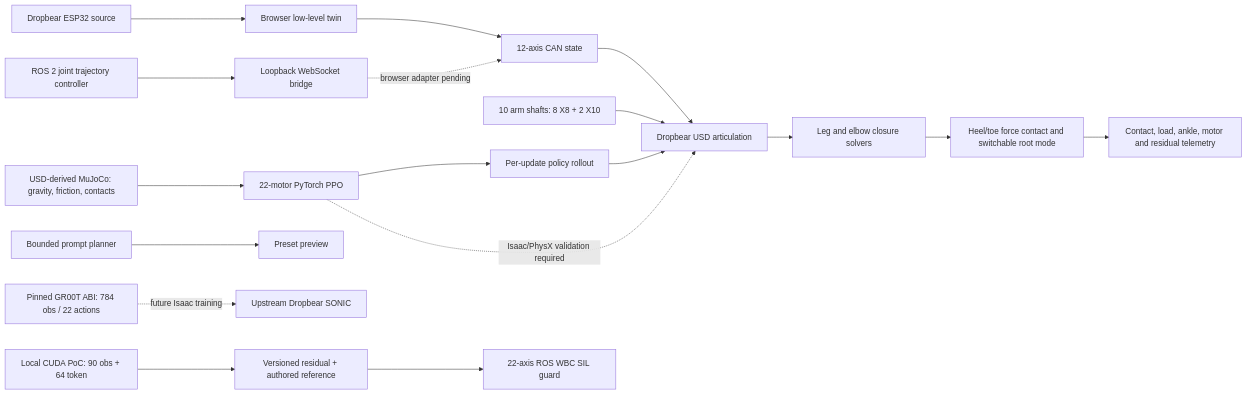
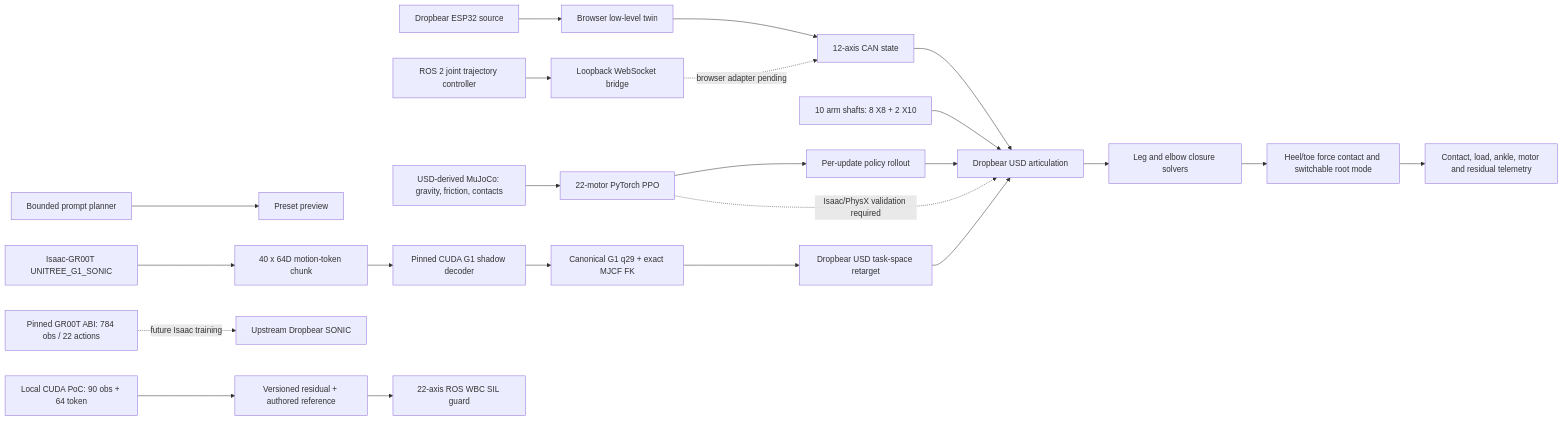
One commit to robit-man/dropbear_control changed the diagram in README.md. Above: the diagram before and after it, drawn with Mermaid. The commit also changed other lines of this file and 31 other files, not shown here.

Commit message:
Bridge GR00T G1 motion into Dropbear USD

````diff
--- a/README.md
+++ b/README.md
@@ -92,23 +92,28 @@
 ```mermaid
 flowchart LR
     FW[Dropbear ESP32 source] --> BT[Browser low-level twin]
     BT --> CAN[12-axis CAN state]
     CAN --> USD[Dropbear USD articulation]
     ARM[10 arm shafts: 8 X8 + 2 X10] --> USD
     USD --> CLS[Leg and elbow closure solvers]
     CLS --> GND[Heel/toe force contact and switchable root mode]
     GND --> UI[Contact, load, ankle, motor and residual telemetry]
 
     ROS[ROS 2 joint trajectory controller] --> WS[Loopback WebSocket bridge]
     WS -. browser adapter pending .-> CAN
 
     MJ[USD-derived MuJoCo: gravity, friction, contacts] --> PPO[22-motor PyTorch PPO]
     PPO --> LIVE[Per-update policy rollout]
     LIVE --> USD
     PPO -. Isaac/PhysX validation required .-> USD
 
     PROMPT[Bounded prompt planner] --> PREVIEW[Preset preview]
+    VLA[Isaac-GR00T UNITREE_G1_SONIC] --> TOK[40 x 64D motion-token chunk]
+    TOK --> G1DEC[Pinned CUDA G1 shadow decoder]
+    G1DEC --> G1FK[Canonical G1 q29 + exact MJCF FK]
+    G1FK --> RETARGET[Dropbear USD task-space retarget]
+    RETARGET --> USD
     GABI[Pinned GR00T ABI: 784 obs / 22 actions] -. future Isaac training .-> SONIC[Upstream Dropbear SONIC]
     CUDA[Local CUDA PoC: 90 obs + 64 token] --> RES[Versioned residual + authored reference]
     RES --> WBC[22-axis ROS WBC SIL guard]
 ```
````
